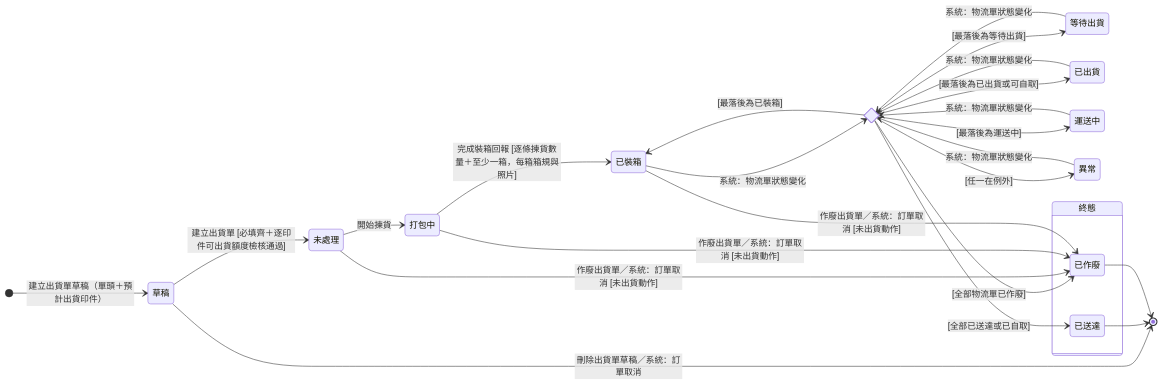
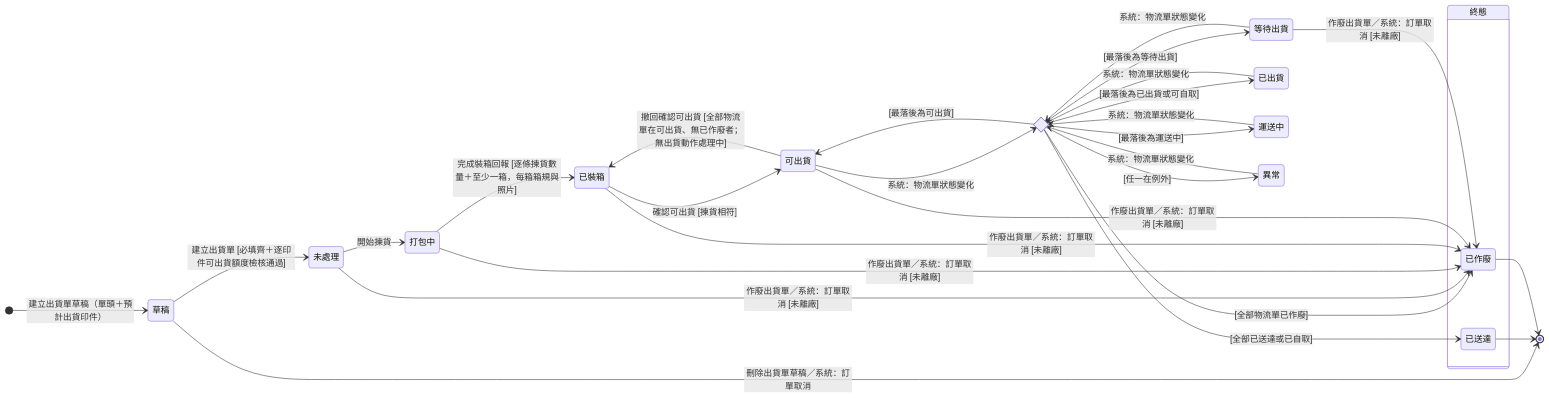
Before and after one commit to Kawato-Miles/erp-spec: the diagram in memory/Sens_wiki/wiki/erp/06-state-machines/出貨單狀態.md, drawn with Mermaid. The commit also changed other lines of this file and 38 other files, not shown here.

````diff
--- a/memory/Sens_wiki/wiki/erp/06-state-machines/出貨單狀態.md
+++ b/memory/Sens_wiki/wiki/erp/06-state-machines/出貨單狀態.md
@@ -64,49 +67,54 @@
 ```mermaid
 stateDiagram-v2
     direction LR
 
     state "草稿" as s_draft
     state "未處理" as s_pending
     state "打包中" as s_packing
     state "已裝箱" as s_packed
+    state "可出貨" as s_ready
     state "等待出貨" as s_waiting
     state "已出貨" as s_shipped
     state "運送中" as s_transit
     state "異常" as s_exception
 
     [*] --> s_draft : 建立出貨單草稿（單頭＋預計出貨印件）
 
     state "終態" as Final {
         direction LR
         state "已送達" as s_arrived
         state "已作廢" as s_void
     }
 
     state recalc <<choice>>
 
     s_draft --> s_pending : 建立出貨單 [必填齊＋逐印件可出貨額度檢核通過]
     s_draft --> [*] : 刪除出貨單草稿／系統：訂單取消
     s_pending --> s_packing : 開始揀貨
     s_packing --> s_packed : 完成裝箱回報 [逐條揀貨數量＋至少一箱，每箱箱規與照片]
+    s_packed --> s_ready : 確認可出貨 [揀貨相符]
+    s_ready --> s_packed : 撤回確認可出貨 [全部物流單在可出貨、無已作廢者；無出貨動作處理中]
 
-    s_packed --> recalc : 系統：物流單狀態變化
+    s_ready --> recalc : 系統：物流單狀態變化
     s_waiting --> recalc : 系統：物流單狀態變化
     s_shipped --> recalc : 系統：物流單狀態變化
     s_transit --> recalc : 系統：物流單狀態變化
     s_exception --> recalc : 系統：物流單狀態變化
 
-    recalc --> s_packed : [最落後為已裝箱]
+    recalc --> s_ready : [最落後為可出貨]
     recalc --> s_waiting : [最落後為等待出貨]
     recalc --> s_shipped : [最落後為已出貨或可自取]
     recalc --> s_transit : [最落後為運送中]
     recalc --> s_exception : [任一在例外]
     recalc --> s_arrived : [全部已送達或已自取]
     recalc --> s_void : [全部物流單已作廢]
 
-    s_pending --> s_void : 作廢出貨單／系統：訂單取消 [未出貨動作]
-    s_packing --> s_void : 作廢出貨單／系統：訂單取消 [未出貨動作]
-    s_packed --> s_void : 作廢出貨單／系統：訂單取消 [未出貨動作]
+    s_pending --> s_void : 作廢出貨單／系統：訂單取消 [未離廠]
+    s_packing --> s_void : 作廢出貨單／系統：訂單取消 [未離廠]
+    s_packed --> s_void : 作廢出貨單／系統：訂單取消 [未離廠]
+    s_ready --> s_void : 作廢出貨單／系統：訂單取消 [未離廠]
+    s_waiting --> s_void : 作廢出貨單／系統：訂單取消 [未離廠]
 
     s_arrived --> [*]
     s_void --> [*]
 ```
````
